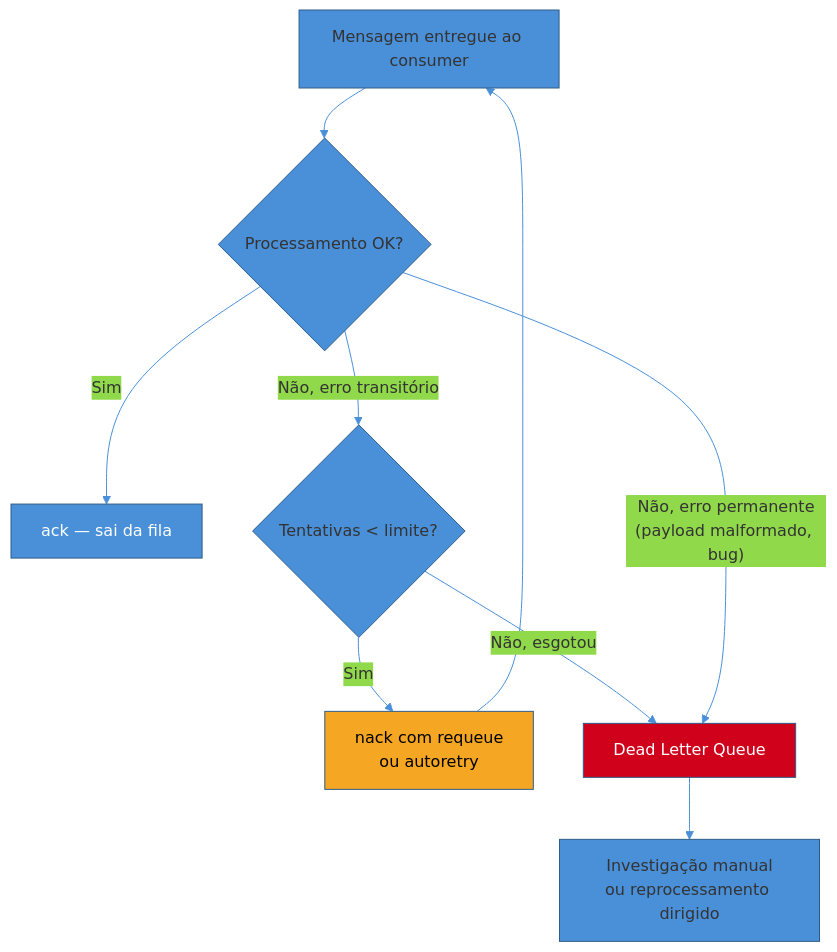
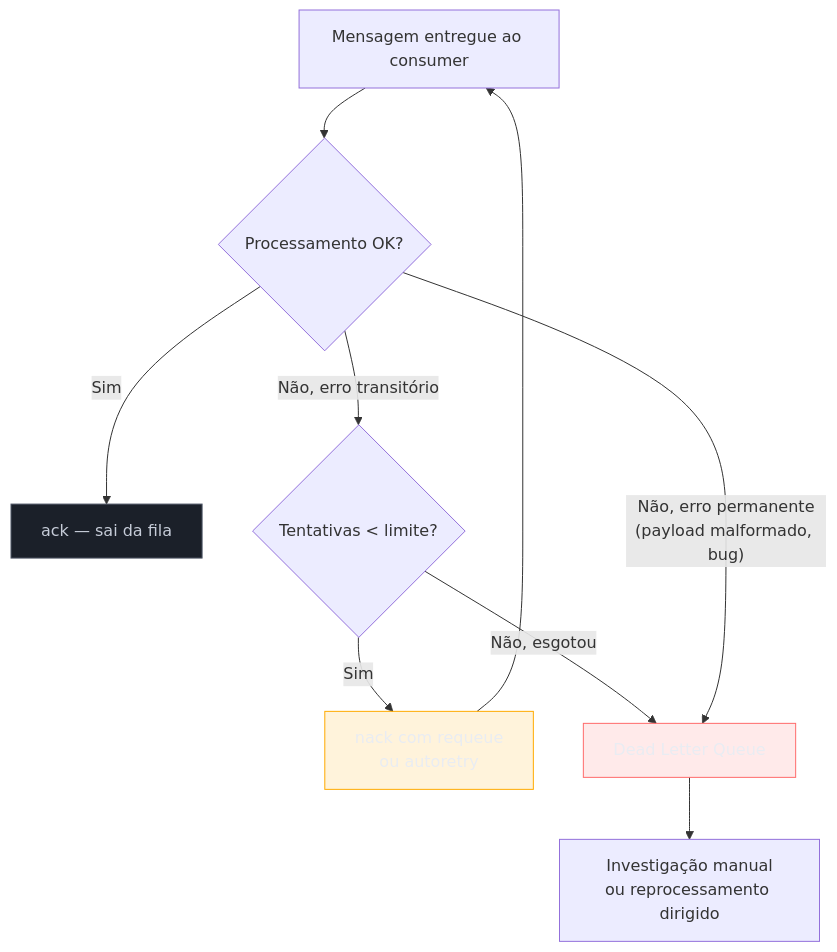
One commit to josenaldo/codex-technomanticus changed the first of 3 diagrams in 03-Dominios/Tecnologia/Python/Mensageria/07 - Garantias de entrega na prática — DLQ e Outbox em Python.md. Above: the diagram before and after it, drawn with Mermaid. The commit also changed other lines of this file and 1181 other files, not shown here.

First line of the commit message:
fix(diagramas): paleta do sistema no lugar de cor cravada no markdown

````diff
--- a/03-Dominios/Tecnologia/Python/Mensageria/07 - Garantias de entrega na prática — DLQ e Outbox em Python.md
+++ b/03-Dominios/Tecnologia/Python/Mensageria/07 - Garantias de entrega na prática — DLQ e Outbox em Python.md
@@ -68,17 +68,19 @@
 ```mermaid
-%%{init: {"theme": "base", "themeVariables": {"primaryColor": "#4A90D9", "primaryBorderColor": "#2E5C8A", "lineColor": "#4A90D9"}}}%%
 flowchart TD
+    classDef neutro fill:#1B2029,stroke:#4E5666,color:#C6CCD8
+    classDef falha fill:#FF6B6B24,stroke:#FF6B6B,color:#E9ECF2
+    classDef destaque fill:#FFAA0024,stroke:#FFAA00,color:#E9ECF2
     A["Mensagem entregue ao consumer"] --> B{"Processamento OK?"}
     B -->|"Sim"| C["ack — sai da fila"]
     B -->|"Não, erro transitório"| D{"Tentativas < limite?"}
     D -->|"Sim"| E["nack com requeue<br/>ou autoretry"]
     E --> A
     D -->|"Não, esgotou"| F["Dead Letter Queue"]
     B -->|"Não, erro permanente<br/>(payload malformado, bug)"| F
 
     F --> G["Investigação manual<br/>ou reprocessamento dirigido"]
 
-    style C fill:#4A90D9,color:#fff
-    style F fill:#D0021B,color:#fff
-    style E fill:#F5A623,color:#000
+    class C neutro
+    class F falha
+    class E destaque
 ```
````
